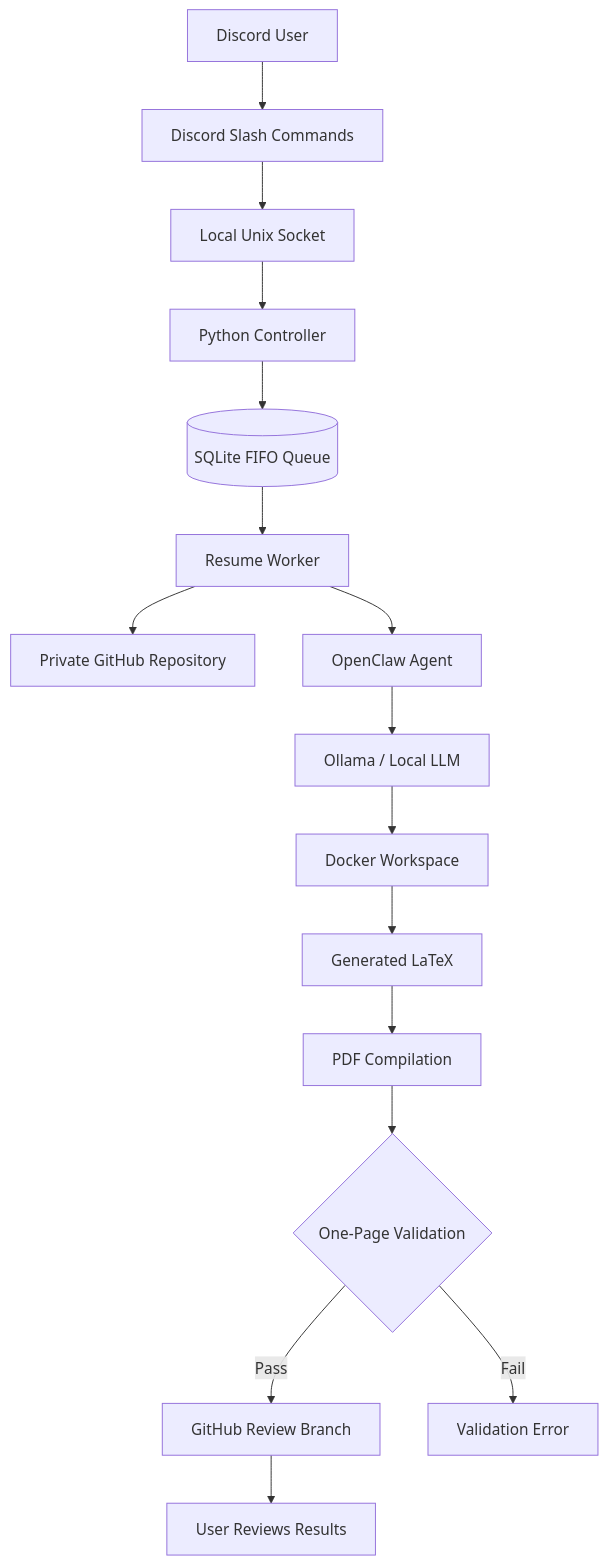
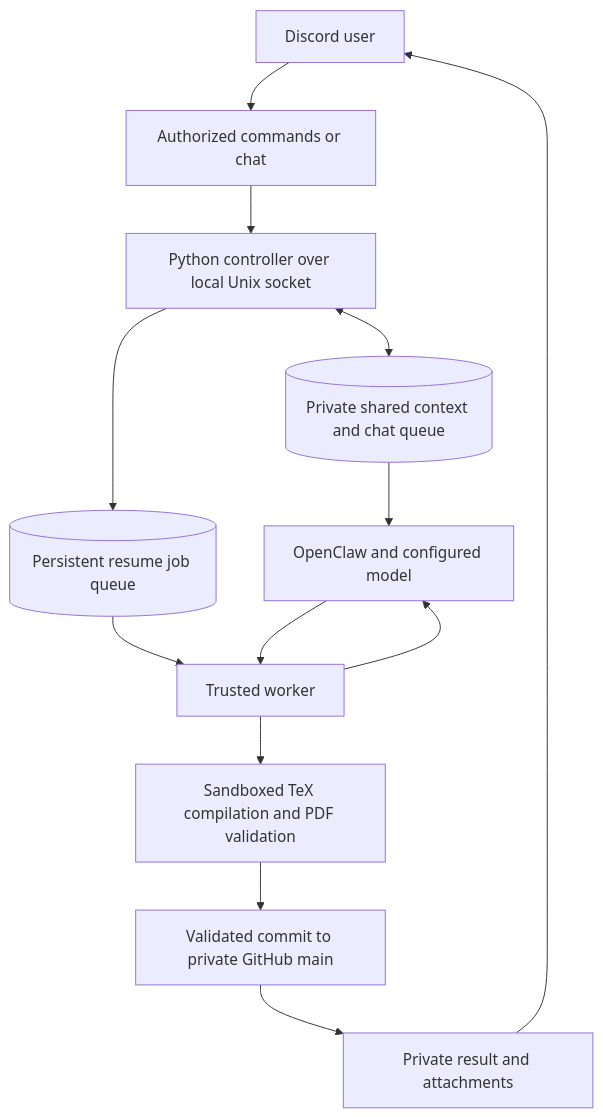
The diagram in README.md (gurmo06/CVPilot), drawn with Mermaid before and after one commit. The commit also changed other lines of this file, not shown here.

````diff
--- a/README.md
+++ b/README.md
@@ -175,21 +225,15 @@
 ```mermaid
 flowchart TD
-    U["Discord User"] --> D["Discord Slash Commands"]
-    D --> S["Local Unix Socket"]
-    S --> C["Python Controller"]
-    C --> Q[("SQLite FIFO Queue")]
-    Q --> W["Resume Worker"]
-
-    W --> G["Private GitHub Repository"]
-    W --> A["OpenClaw Agent"]
-    A --> O["Ollama / Local LLM"]
-    O --> X["Docker Workspace"]
-
-    X --> T["Generated LaTeX"]
-    T --> P["PDF Compilation"]
-    P --> V{"One-Page Validation"}
-
-    V -->|Pass| R["GitHub Review Branch"]
-    V -->|Fail| E["Validation Error"]
-    R --> F["User Reviews Results"]
+    U[Discord user] --> D[Authorized commands or chat]
+    D --> C[Python controller over local Unix socket]
+    C <--> H[(Private shared context and chat queue)]
+    C --> Q[(Persistent resume job queue)]
+    Q --> W[Trusted worker]
+    H --> M[OpenClaw and configured model]
+    W --> M
+    M --> W
+    W --> V[Sandboxed TeX compilation and PDF validation]
+    V --> G[Validated commit to private GitHub main]
+    G --> R[Private result and attachments]
+    R --> U
 ```
````
